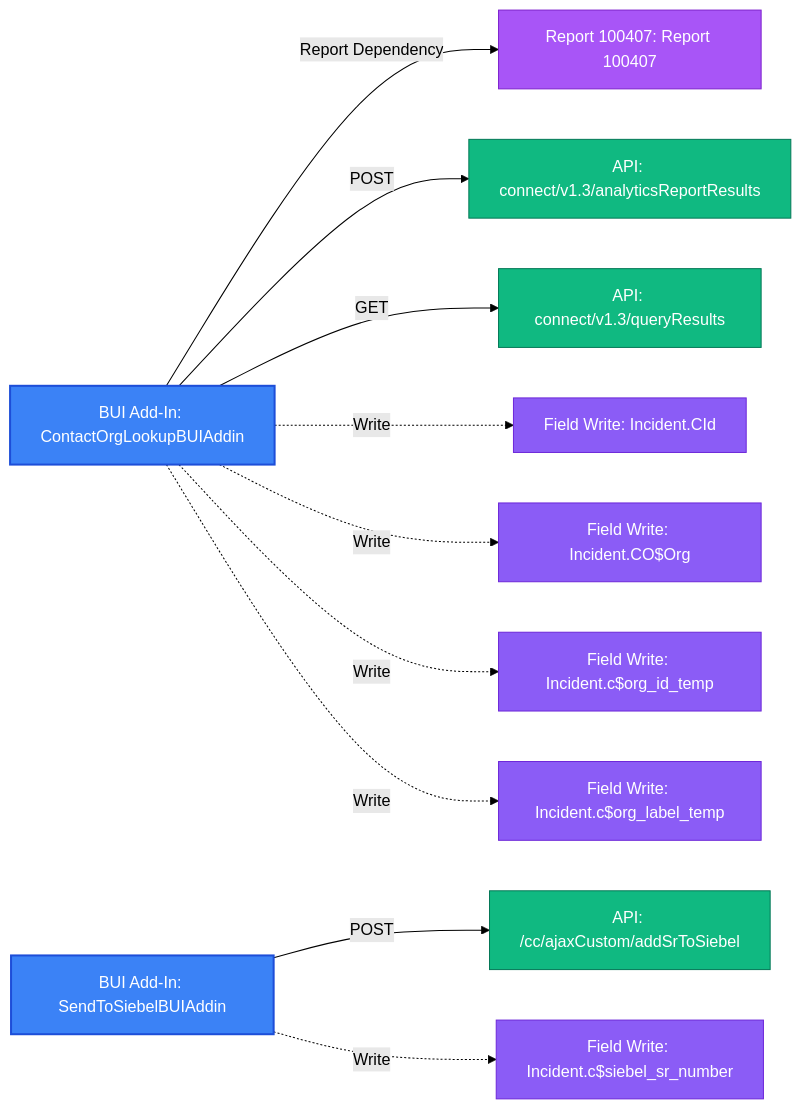
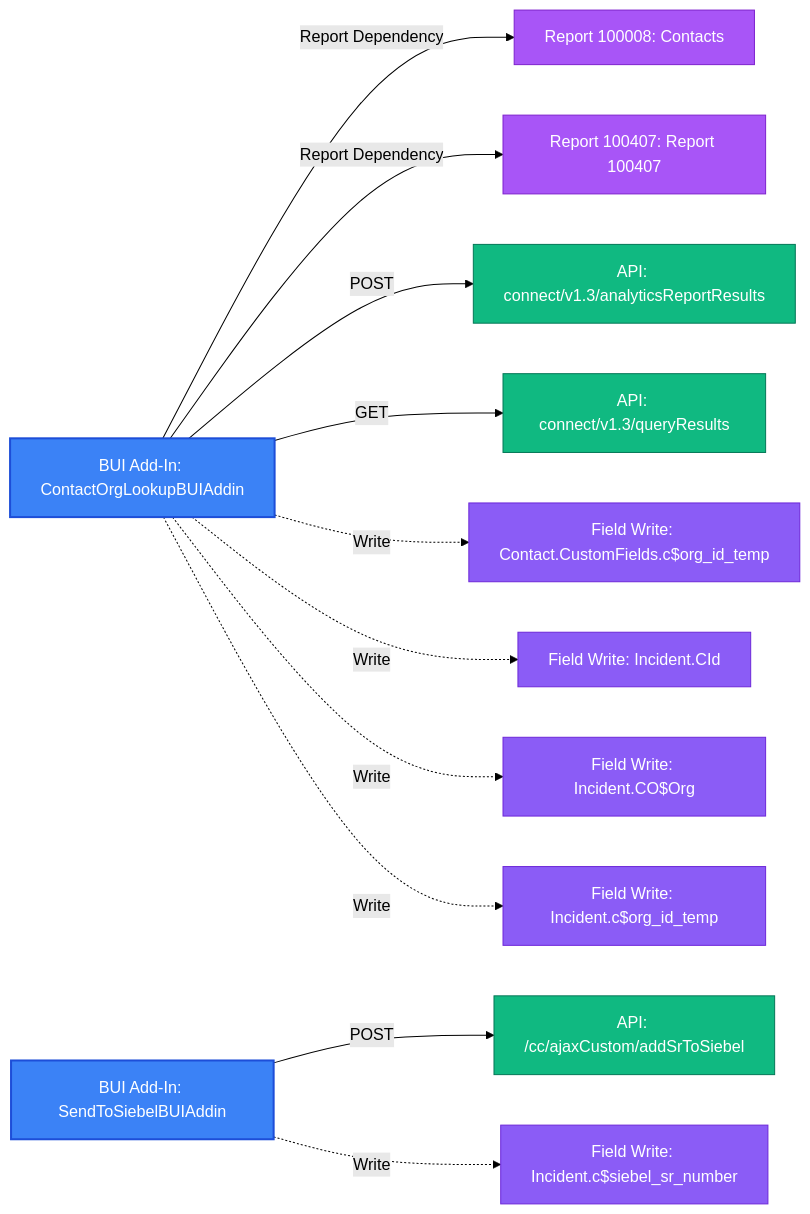
The diagram in results/bui_addins/report_BUI_Addins.md (SujalMatolia0/Config_Migration), drawn with Mermaid (forest theme) before and after one commit. The commit also changed other lines of this file and 30 other files, not shown here.

````diff
--- a/results/bui_addins/report_BUI_Addins.md
+++ b/results/bui_addins/report_BUI_Addins.md
@@ -125,28 +125,30 @@
 ```mermaid
 graph LR
   classDef addin fill:#3b82f6,stroke:#1d4ed8,stroke-width:2px,color:#fff;
   classDef rep fill:#a855f7,stroke:#7e22ce,stroke-width:1px,color:#fff;
   classDef api fill:#10b981,stroke:#047857,stroke-width:1px,color:#fff;
   classDef field fill:#8b5cf6,stroke:#6d28d9,stroke-width:1px,color:#fff;
 
   BUI_ContactOrgLookupBUIAddin["BUI Add-In: ContactOrgLookupBUIAddin"]:::addin
+  REP_100008["Report 100008: Contacts"]:::rep
+  BUI_ContactOrgLookupBUIAddin --> |"Report Dependency"| REP_100008
   REP_100407["Report 100407: Report 100407"]:::rep
   BUI_ContactOrgLookupBUIAddin --> |"Report Dependency"| REP_100407
   API_connectv13analyticsReportResults["API: connect/v1.3/analyticsReportResults"]:::api
   BUI_ContactOrgLookupBUIAddin --> |"POST"| API_connectv13analyticsReportResults
   API_connectv13queryResults["API: connect/v1.3/queryResults"]:::api
   BUI_ContactOrgLookupBUIAddin --> |"GET"| API_connectv13queryResults
+  FW_ContactCustomFieldscorg_id_temp["Field Write: Contact.CustomFields.c$org_id_temp"]:::field
+  BUI_ContactOrgLookupBUIAddin -.-> |"Write"| FW_ContactCustomFieldscorg_id_temp
   FW_IncidentCId["Field Write: Incident.CId"]:::field
   BUI_ContactOrgLookupBUIAddin -.-> |"Write"| FW_IncidentCId
   FW_IncidentCOOrg["Field Write: Incident.CO$Org"]:::field
   BUI_ContactOrgLookupBUIAddin -.-> |"Write"| FW_IncidentCOOrg
   FW_Incidentcorg_id_temp["Field Write: Incident.c$org_id_temp"]:::field
   BUI_ContactOrgLookupBUIAddin -.-> |"Write"| FW_Incidentcorg_id_temp
-  FW_Incidentcorg_label_temp["Field Write: Incident.c$org_label_temp"]:::field
-  BUI_ContactOrgLookupBUIAddin -.-> |"Write"| FW_Incidentcorg_label_temp
   BUI_SendToSiebelBUIAddin["BUI Add-In: SendToSiebelBUIAddin"]:::addin
   API_ccajaxCustomaddSrToSiebel["API: /cc/ajaxCustom/addSrToSiebel"]:::api
   BUI_SendToSiebelBUIAddin --> |"POST"| API_ccajaxCustomaddSrToSiebel
   FW_Incidentcsiebel_sr_number["Field Write: Incident.c$siebel_sr_number"]:::field
   BUI_SendToSiebelBUIAddin -.-> |"Write"| FW_Incidentcsiebel_sr_number
 ```
````
